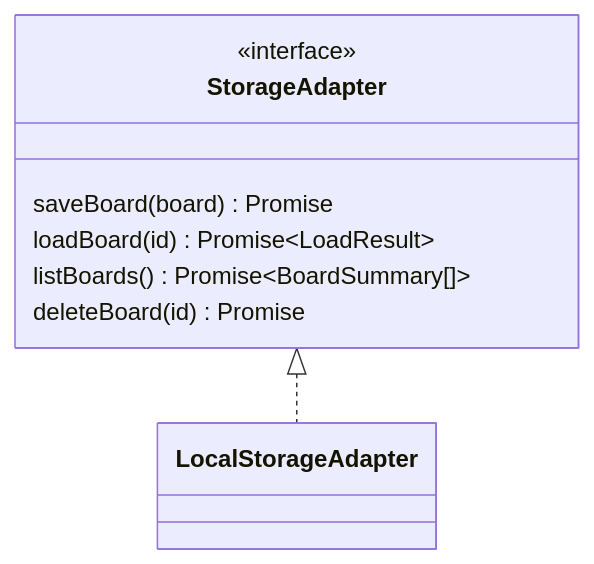
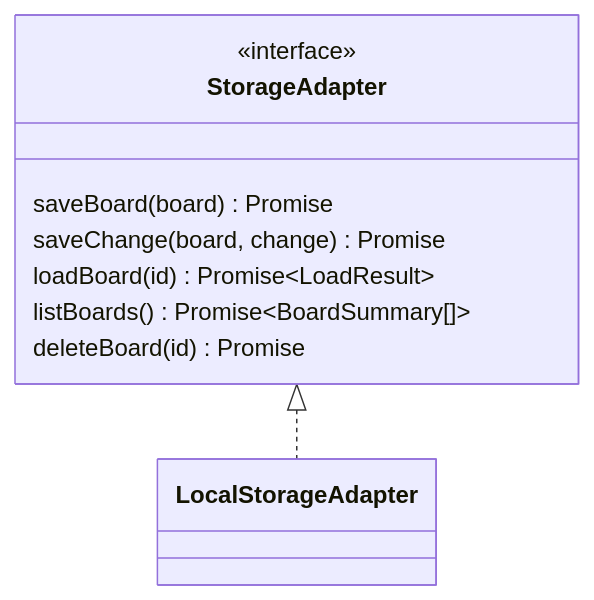
Before and after one commit to jtbinith/floppy-thoughts: the third of 7 diagrams in docs/mvp/architecture.md, drawn with Mermaid. The commit also changed other lines of this file and 5 other files, not shown here.

````diff
--- a/docs/mvp/architecture.md
+++ b/docs/mvp/architecture.md
@@ -74,12 +74,13 @@
 ```mermaid
 classDiagram
   class StorageAdapter {
     <<interface>>
     saveBoard(board) Promise
+    saveChange(board, change) Promise
     loadBoard(id) Promise~LoadResult~
     listBoards() Promise~BoardSummary[]~
     deleteBoard(id) Promise
   }
   class LocalStorageAdapter
   StorageAdapter <|.. LocalStorageAdapter
 ```
````
